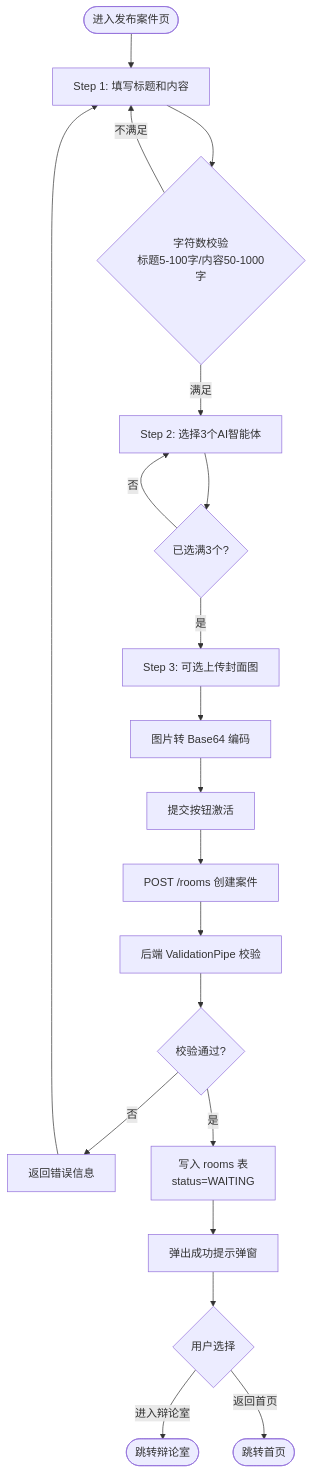
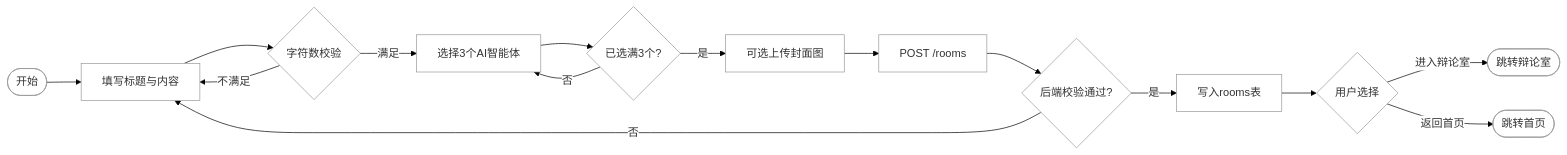
One commit to huangkaihao666/graduate-design changed the seventh of 19 diagrams in docs/毕设图表.md. Above: the diagram before and after it, drawn with Mermaid. The commit also changed other lines of this file, not shown here.

Commit message:
docs: 添加毕设图表40%

````diff
--- a/docs/毕设图表.md
+++ b/docs/毕设图表.md
@@ -347,21 +336,18 @@
 ```mermaid
-flowchart TD
-    A([进入发布案件页]) --> B[Step 1: 填写标题和内容]
-    B --> C{字符数校验<br/>标题5-100字/内容50-1000字}
+%%{init:{'theme':'base','themeVariables':{'background':'#ffffff','mainBkg':'#ffffff','clusterBkg':'#ffffff','nodeBorder':'#999999','edgeLabelBackground':'#ffffff'}}}%%
+flowchart LR
+    A([开始]) --> B[填写标题与内容]
+    B --> C{字符数校验}
     C -- 不满足 --> B
-    C -- 满足 --> D[Step 2: 选择3个AI智能体]
+    C -- 满足 --> D[选择3个AI智能体]
     D --> E{已选满3个?}
     E -- 否 --> D
-    E -- 是 --> F[Step 3: 可选上传封面图]
-    F --> G[图片转 Base64 编码]
-    G --> H[提交按钮激活]
-    H --> I[POST /rooms 创建案件]
-    I --> J[后端 ValidationPipe 校验]
-    J --> K{校验通过?}
-    K -- 否 --> L[返回错误信息] --> B
-    K -- 是 --> M[写入 rooms 表<br/>status=WAITING]
-    M --> N[弹出成功提示弹窗]
-    N --> O{用户选择}
-    O -- 进入辩论室 --> P([跳转辩论室])
-    O -- 返回首页 --> Q([跳转首页])
+    E -- 是 --> F[可选上传封面图]
+    F --> G[POST /rooms]
+    G --> H{后端校验通过?}
+    H -- 否 --> B
+    H -- 是 --> I[写入rooms表]
+    I --> J{用户选择}
+    J -- 进入辩论室 --> K([跳转辩论室])
+    J -- 返回首页 --> L([跳转首页])
 ```
````
